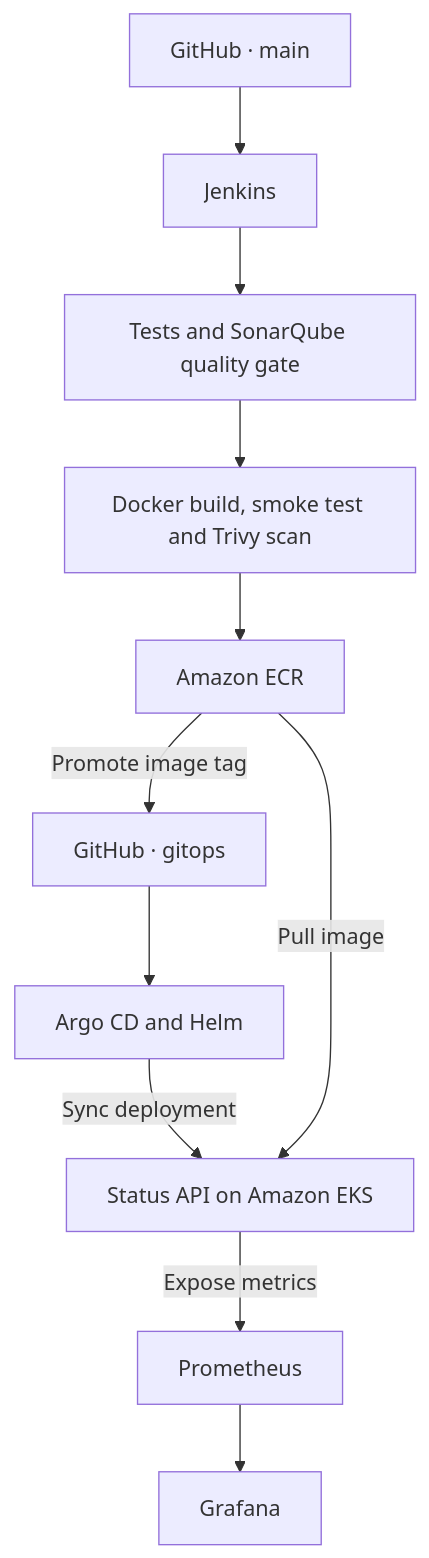
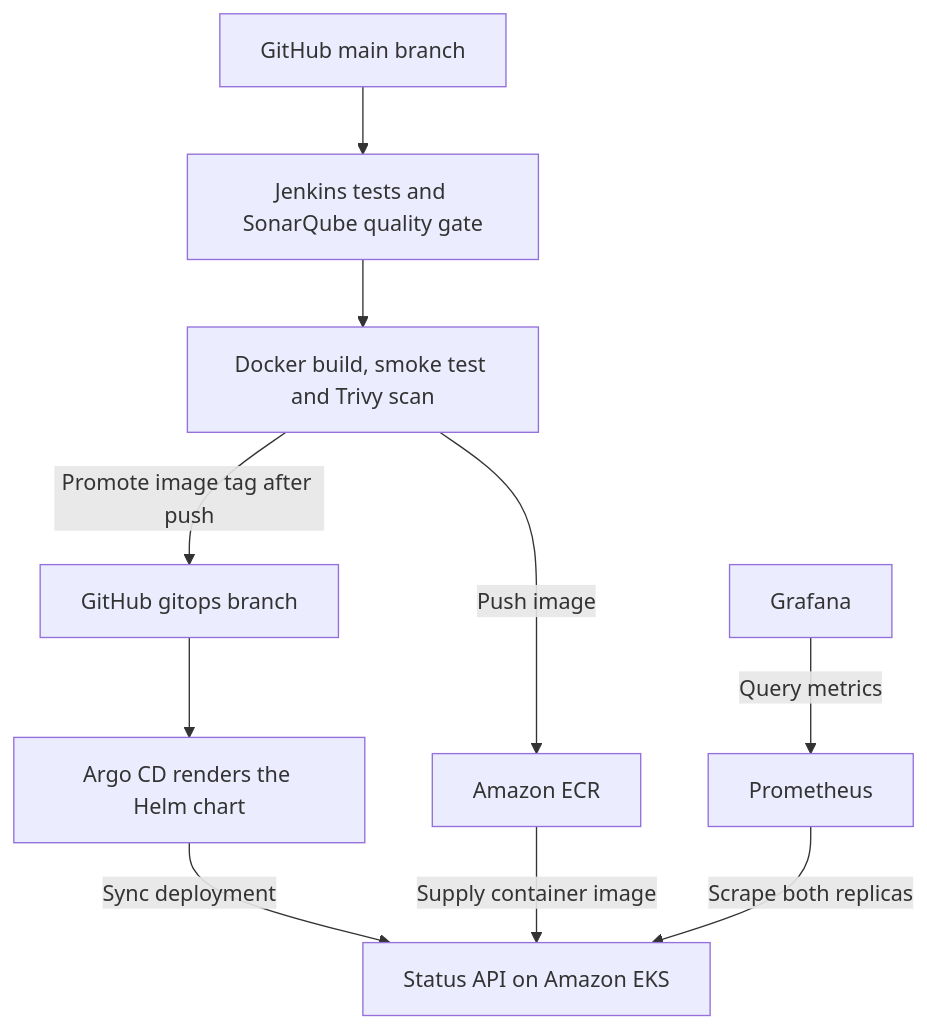
One commit to aneesahmad081/devsecops-gitops-eks-starter changed the diagram in README.md. Above: the diagram before and after it, drawn with Mermaid. The commit also changed other lines of this file and 6 other files, not shown here.

````diff
--- a/README.md
+++ b/README.md
@@ -9,13 +23,12 @@
 ```mermaid
 flowchart TD
-    Main["GitHub · main"] --> Jenkins["Jenkins"]
-    Jenkins --> Quality["Tests and SonarQube quality gate"]
-    Quality --> Image["Docker build, smoke test and Trivy scan"]
-    Image --> ECR["Amazon ECR"]
-    ECR -->|Promote image tag| Git["GitHub · gitops"]
-    Git --> Argo["Argo CD and Helm"]
+    Main["GitHub main branch"] --> CI["Jenkins tests and SonarQube quality gate"]
+    CI --> Build["Docker build, smoke test and Trivy scan"]
+    Build -->|Push image| ECR["Amazon ECR"]
+    Build -->|Promote image tag after push| GitOps["GitHub gitops branch"]
+    GitOps --> Argo["Argo CD renders the Helm chart"]
     Argo -->|Sync deployment| EKS["Status API on Amazon EKS"]
-    ECR -->|Pull image| EKS
-    EKS -->|Expose metrics| Prom["Prometheus"]
-    Prom --> Grafana["Grafana"]
+    ECR -->|Supply container image| EKS
+    Prom["Prometheus"] -->|Scrape both replicas| EKS
+    Grafana["Grafana"] -->|Query metrics| Prom
 ```
````
